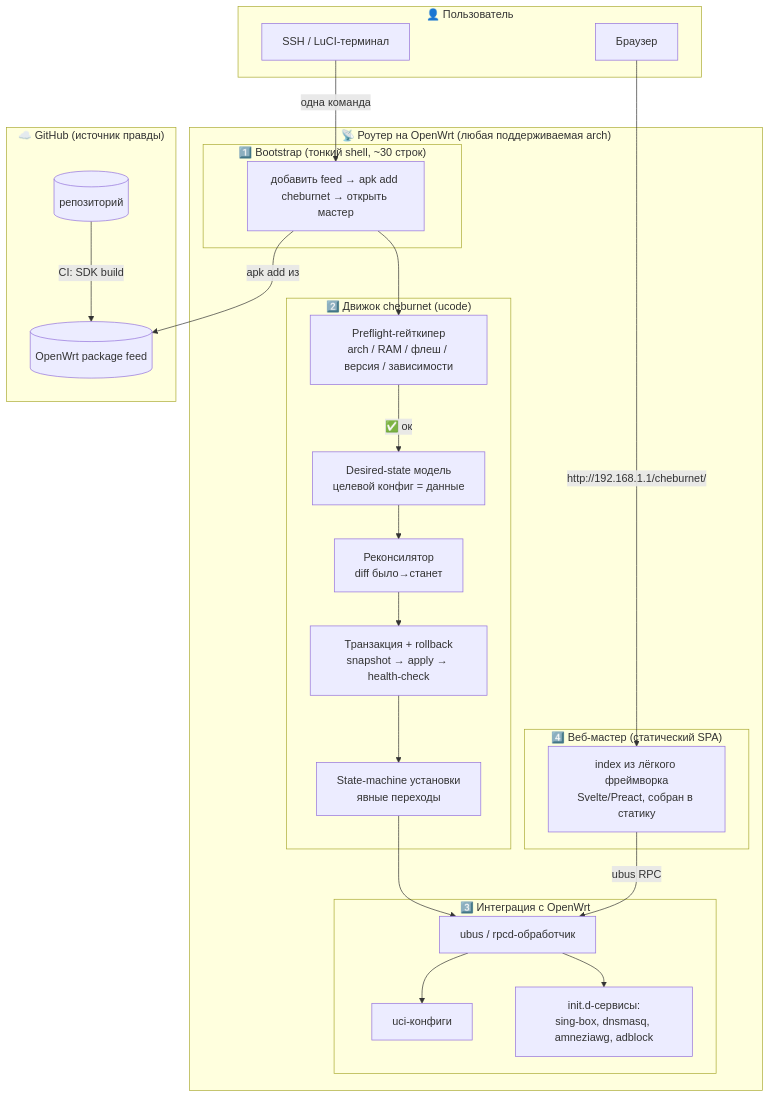
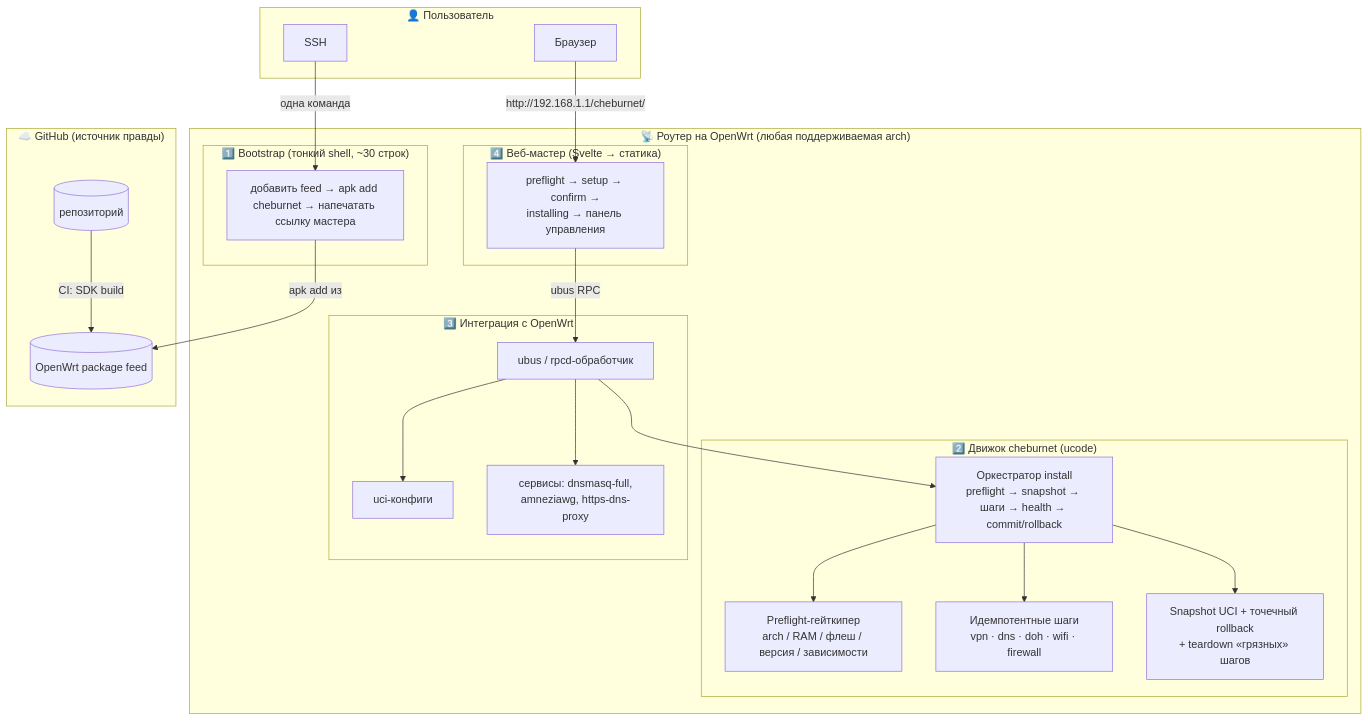
The first of 3 diagrams in docs/architecture-v2.md (andreiyurik/cheburnet-router), drawn with Mermaid before and after one commit. The commit also changed other lines of this file and 21 other files, not shown here.

Commit message:
fix architecture and tests by fable

````diff
--- a/docs/architecture-v2.md
+++ b/docs/architecture-v2.md
@@ -40,47 +46,44 @@
 ```mermaid
 flowchart TB
     subgraph User["👤 Пользователь"]
         browser[Браузер]
-        ssh[SSH / LuCI-терминал]
+        ssh[SSH]
     end
 
     subgraph Router["📡 Роутер на OpenWrt (любая поддерживаемая arch)"]
         subgraph L1["1️⃣ Bootstrap (тонкий shell, ~30 строк)"]
-            boot[добавить feed → apk add cheburnet → открыть мастер]
+            boot[добавить feed → apk add cheburnet → напечатать ссылку мастера]
         end
 
         subgraph L2["2️⃣ Движок cheburnet (ucode)"]
             preflight[Preflight-гейткипер<br/>arch / RAM / флеш / версия / зависимости]
-            desired[Desired-state модель<br/>целевой конфиг = данные]
-            reconcile[Реконсилятор<br/>diff было→станет]
-            tx[Транзакция + rollback<br/>snapshot → apply → health-check]
-            statemachine[State-machine установки<br/>явные переходы]
+            steps[Идемпотентные шаги<br/>vpn · dns · doh · wifi · firewall]
+            rollback[Snapshot UCI + точечный rollback<br/>+ teardown «грязных» шагов]
+            install[Оркестратор install<br/>preflight → snapshot → шаги → health → commit/rollback]
         end
 
         subgraph L3["3️⃣ Интеграция с OpenWrt"]
             ubus[ubus / rpcd-обработчик]
             uci[uci-конфиги]
-            services[init.d-сервисы:<br/>sing-box, dnsmasq, amneziawg, adblock]
+            services[сервисы: dnsmasq-full,<br/>amneziawg, https-dns-proxy]
         end
 
-        subgraph L4["4️⃣ Веб-мастер (статический SPA)"]
-            wizard[index из лёгкого фреймворка<br/>Svelte/Preact, собран в статику]
+        subgraph L4["4️⃣ Веб-мастер (Svelte → статика)"]
+            wizard[preflight → setup → confirm →<br/>installing → панель управления]
         end
     end
 
     subgraph CI["☁️ GitHub (источник правды)"]
         repo[(репозиторий)]
         feed[(OpenWrt package feed)]
     end
 
     ssh -->|одна команда| boot
     boot -->|apk add из| feed
-    boot --> preflight
-    preflight -->|✅ ок| desired
-    desired --> reconcile --> tx --> statemachine
-    statemachine --> ubus
+    install --> preflight & steps & rollback
+    ubus --> install
     ubus --> uci & services
     browser -->|http://192.168.1.1/cheburnet/| wizard
     wizard -->|ubus RPC| ubus
     repo -->|CI: SDK build| feed
 ```
````
